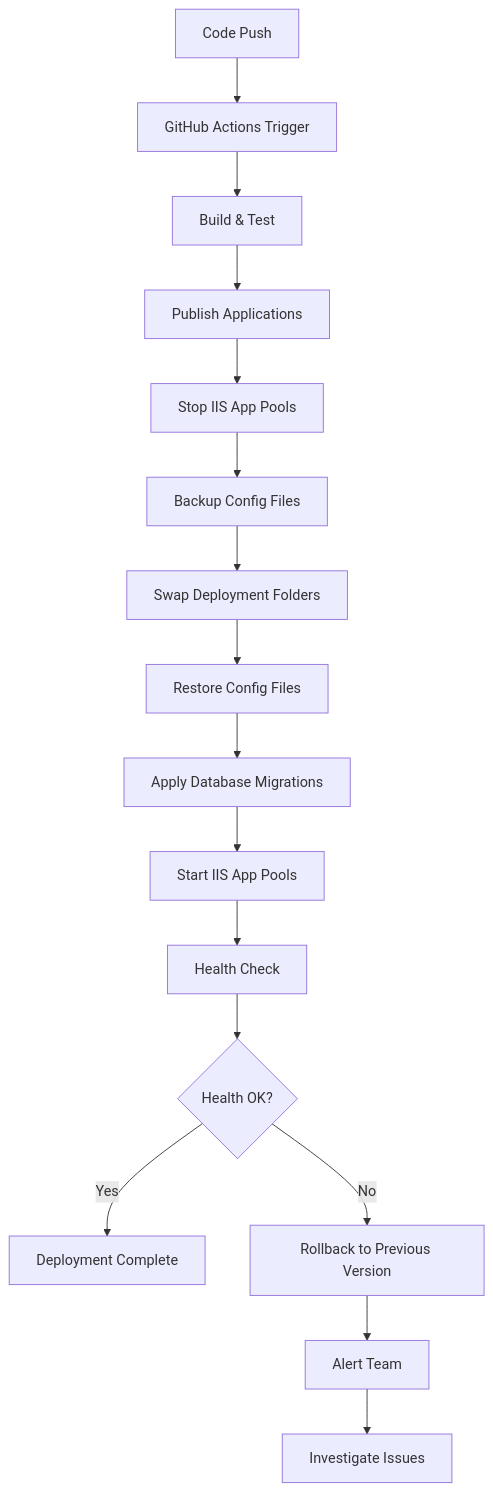
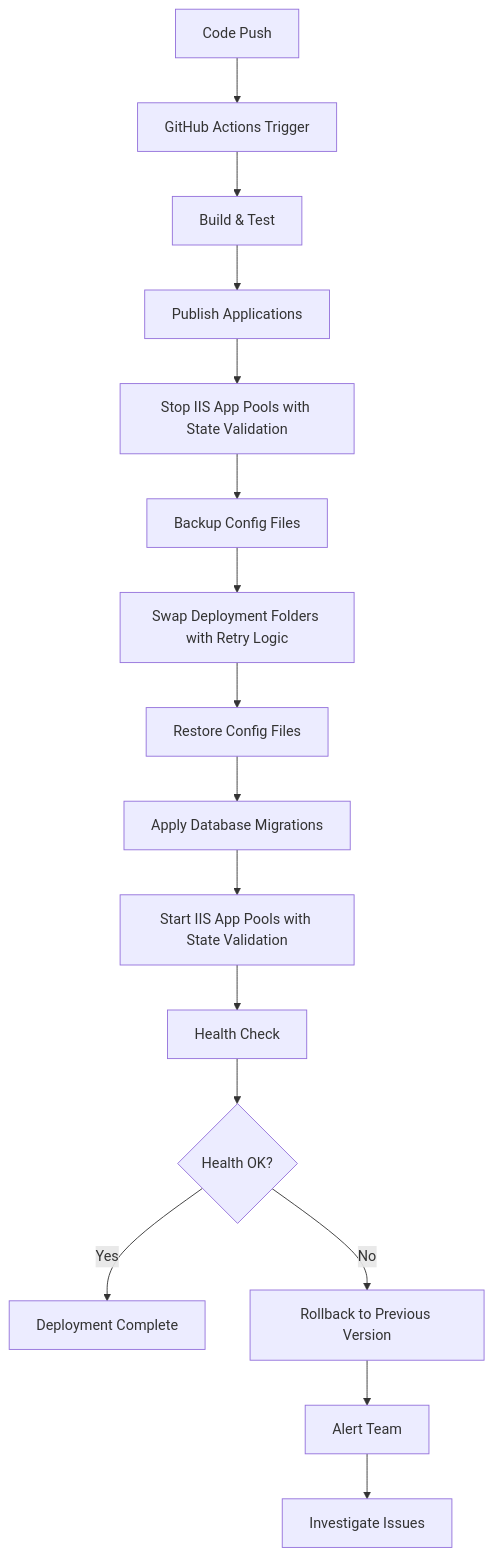
The seventh of 7 diagrams in .qoder/repowiki/en/content/Configuration and Deployment/Deployment Strategies and Infrastructure.md (lamhongbac/NonCash), drawn with Mermaid before and after one commit. The commit also changed other lines of this file and 1 other file, not shown here.

````diff
--- a/.qoder/repowiki/en/content/Configuration and Deployment/Deployment Strategies and Infrastructure.md
+++ b/.qoder/repowiki/en/content/Configuration and Deployment/Deployment Strategies and Infrastructure.md
@@ -605,18 +610,18 @@
 ```mermaid
 flowchart TD
 A[Code Push] --> B[GitHub Actions Trigger]
 B --> C[Build & Test]
 C --> D[Publish Applications]
-D --> E[Stop IIS App Pools]
+D --> E[Stop IIS App Pools with State Validation]
 E --> F[Backup Config Files]
-F --> G[Swap Deployment Folders]
+F --> G[Swap Deployment Folders with Retry Logic]
 G --> H[Restore Config Files]
 H --> I[Apply Database Migrations]
-I --> J[Start IIS App Pools]
+I --> J[Start IIS App Pools with State Validation]
 J --> K[Health Check]
 K --> L{Health OK?}
 L --> |Yes| M[Deployment Complete]
 L --> |No| N[Rollback to Previous Version]
 N --> O[Alert Team]
 O --> P[Investigate Issues]
 ```
````
